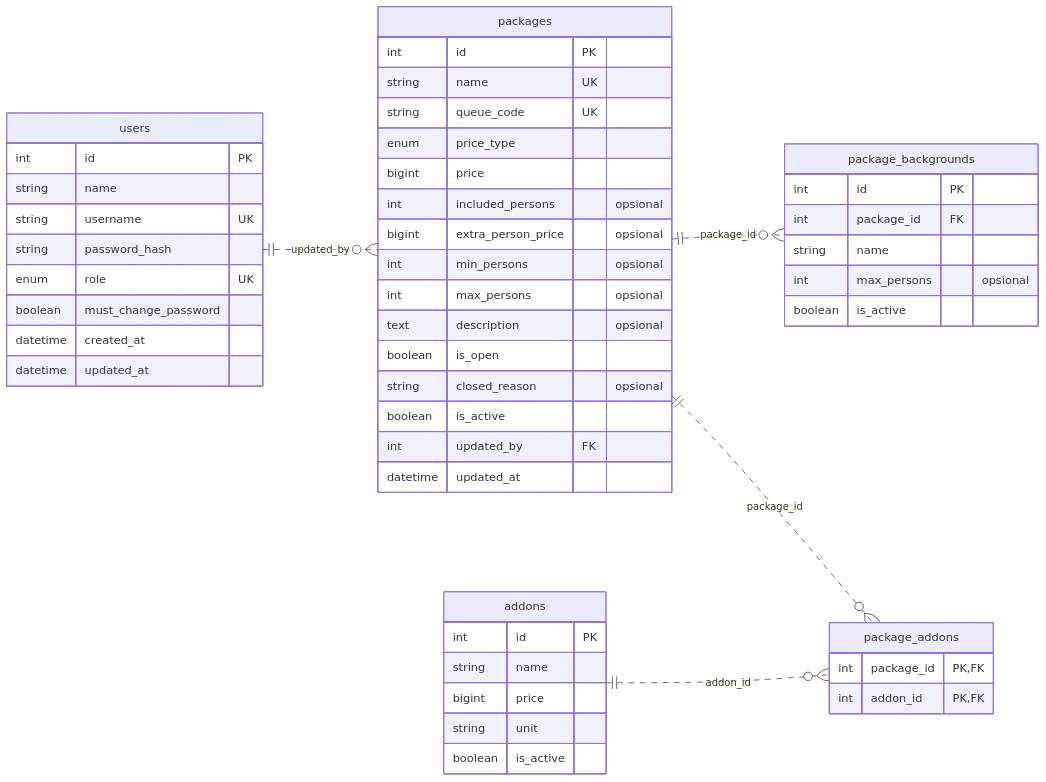
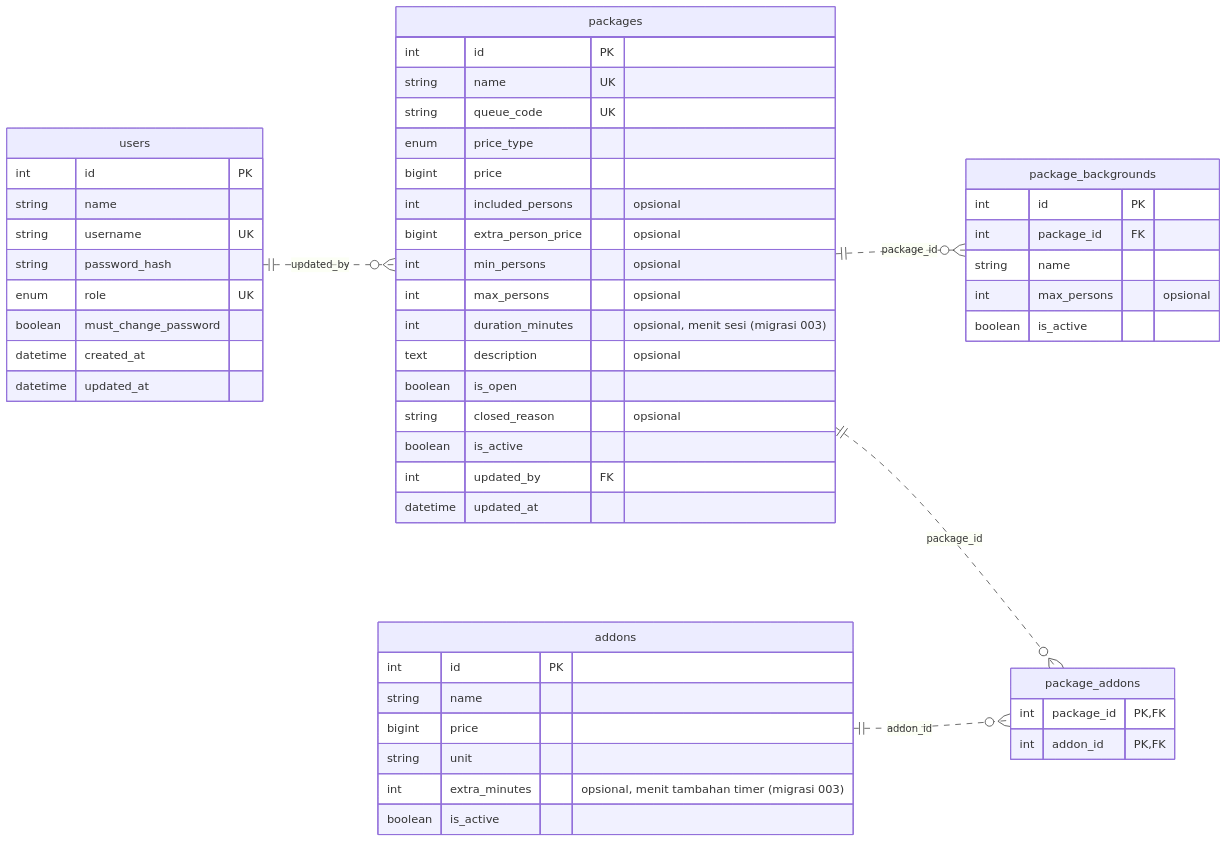
Before and after one commit to duhaalul/Dream-Space: the second of 4 diagrams in backend/docs/ERD_Revisi_05.md, drawn with Mermaid. The commit also changed other lines of this file and 9 other files, not shown here.

Commit message:
docs: perbarui ARCHITECTURE, ERD (kolom migrasi 002-004, kolom sisa), API, dan README untuk Kembali ke Antrean dan kerapian

````diff
--- a/backend/docs/ERD_Revisi_05.md
+++ b/backend/docs/ERD_Revisi_05.md
@@ -116,53 +145,55 @@
 ```mermaid
 erDiagram
     direction LR
     users ||..o{ packages : "updated_by"
     packages ||..o{ package_backgrounds : "package_id"
     packages ||..o{ package_addons : "package_id"
     addons ||..o{ package_addons : "addon_id"
     users {
         int id PK
         string name
         string username UK
         string password_hash
         enum role UK
         boolean must_change_password
         datetime created_at
         datetime updated_at
     }
     packages {
         int id PK
         string name UK
         string queue_code UK
         enum price_type
         bigint price
         int included_persons "opsional"
         bigint extra_person_price "opsional"
         int min_persons "opsional"
         int max_persons "opsional"
+        int duration_minutes "opsional, menit sesi (migrasi 003)"
         text description "opsional"
         boolean is_open
         string closed_reason "opsional"
         boolean is_active
         int updated_by FK
         datetime updated_at
     }
     package_backgrounds {
         int id PK
         int package_id FK
         string name
         int max_persons "opsional"
         boolean is_active
     }
     addons {
         int id PK
         string name
         bigint price
         string unit
+        int extra_minutes "opsional, menit tambahan timer (migrasi 003)"
         boolean is_active
     }
     package_addons {
         int package_id PK, FK
         int addon_id PK, FK
     }
 ```
````
